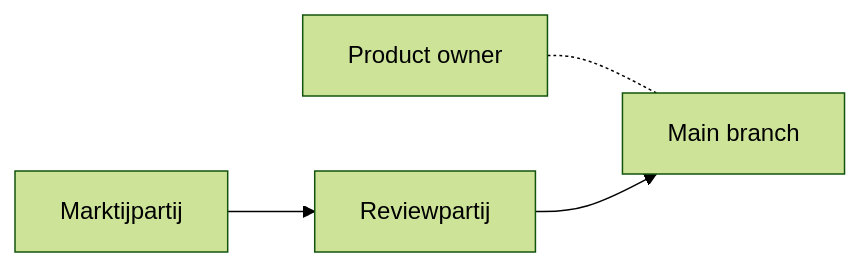
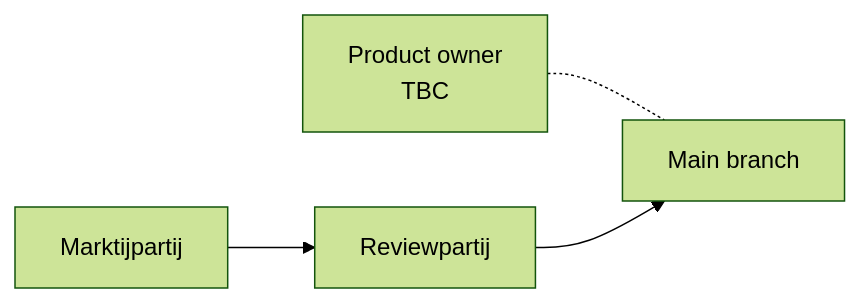
One commit to open-zaak/samenwerken changed the second of 3 diagrams in docs/inkoop-richtlijnen-OpenZaak.md. Above: the diagram before and after it, drawn with Mermaid (forest theme). The commit also changed other lines of this file, not shown here.

Commit message:
small tweak

````diff
--- a/docs/inkoop-richtlijnen-OpenZaak.md
+++ b/docs/inkoop-richtlijnen-OpenZaak.md
@@ -37,13 +37,13 @@
 ```mermaid
 graph LR
     %% Nodes
     Dev1["Marktijpartij"]
     ReviewP2["Reviewpartij"]
     Upstream["Main branch"]
-    PO["Product owner"]
+    PO["Product owner<br/>TBC"]
 
     %% Connections
     PO -.- Upstream
     Dev1 --> ReviewP2
     ReviewP2 --> Upstream
 ```
````
